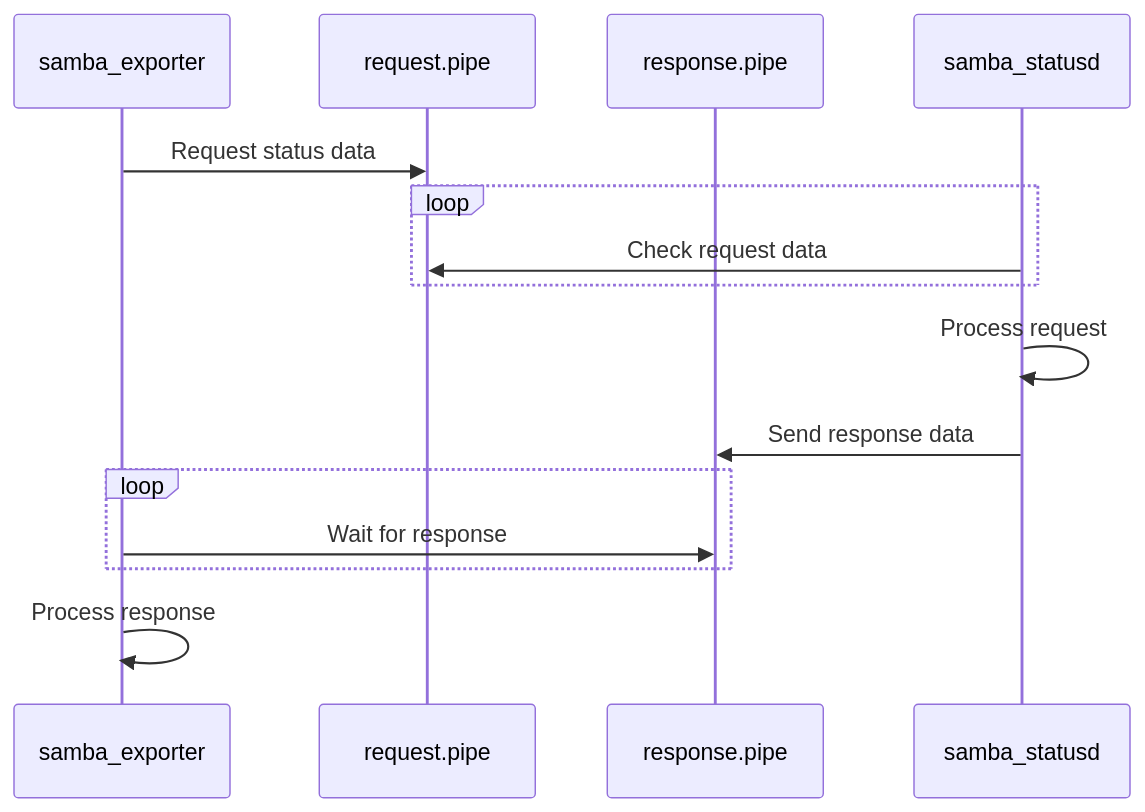
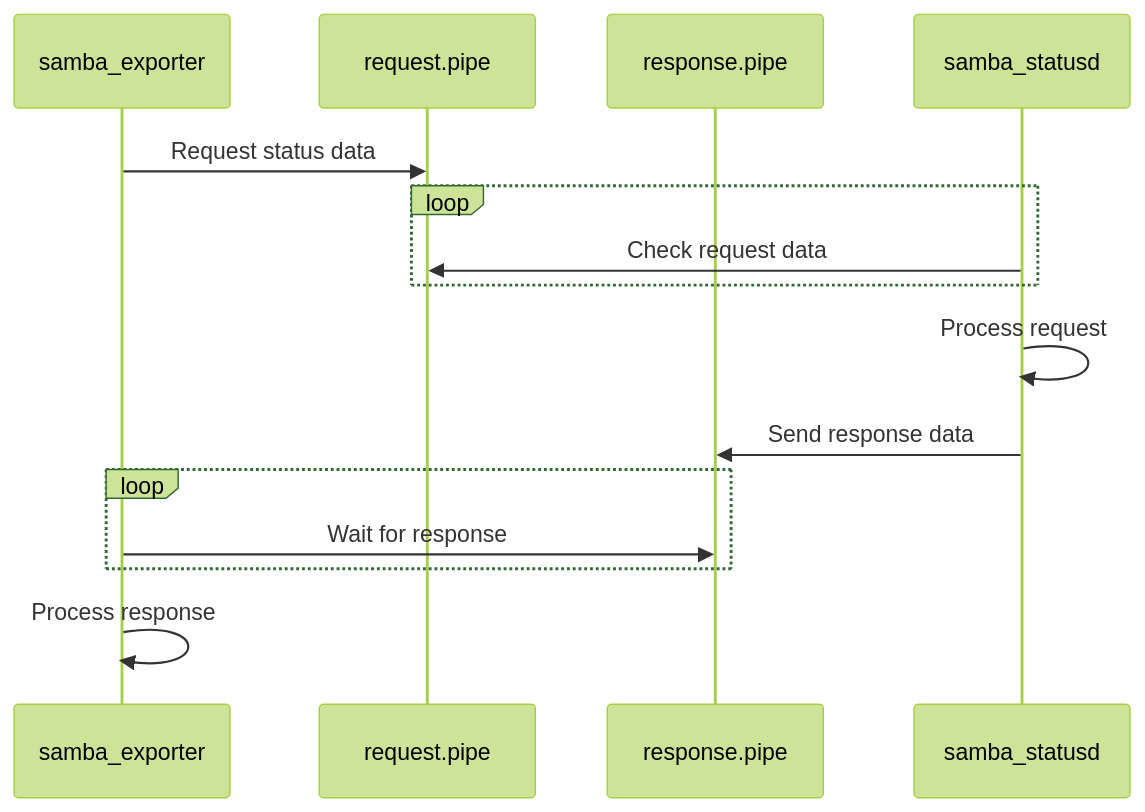
Before and after one commit to imker25/samba_exporter: the diagram in docs/UserDocs/Concept.md, drawn with Mermaid. The commit also changed 1 other file, not shown here.

Commit message:
Choose a nice mermaid theme #38

````diff
--- a/docs/UserDocs/Concept.md
+++ b/docs/UserDocs/Concept.md
@@ -10,17 +10,18 @@
 ```mermaid
+%%{init: {'theme':'forest'}}%%
 sequenceDiagram
     participant samba_exporter
     participant request.pipe
     participant response.pipe
     participant samba_statusd
     samba_exporter->>request.pipe: Request status data
     loop 
         samba_statusd ->> request.pipe: Check request data
     end
     samba_statusd ->> samba_statusd: Process request
     samba_statusd ->> response.pipe: Send response data
     loop 
         samba_exporter ->> response.pipe: Wait for response
     end
     samba_exporter ->> samba_exporter: Process response
 ```
````
